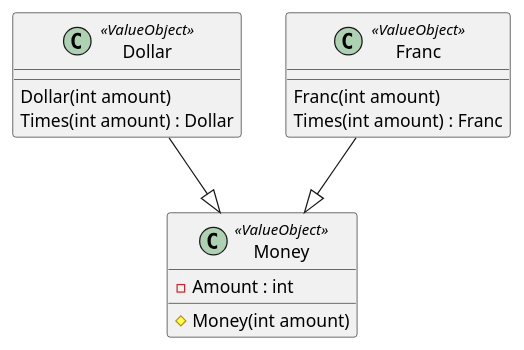
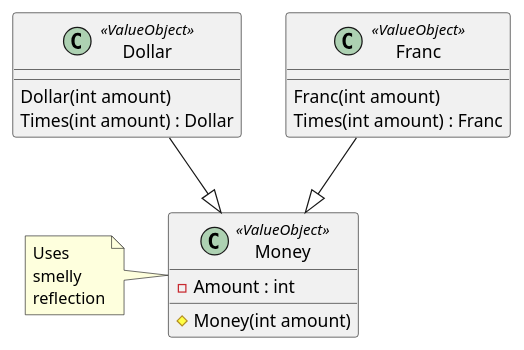
One commit to RicardoGuzmanVelasco/KentBeck.TDDByExample changed the diagram in Documentation/Classes.puml. Above: the diagram before and after it, drawn with PlantUML. The commit also changed 1 other file, not shown here.

```diff
--- a/Documentation/Classes.puml
+++ b/Documentation/Classes.puml
@@ -1,21 +1,23 @@
 @startuml
 class Dollar <<ValueObject>>
 {
     Dollar(int amount)
     Times(int amount) : Dollar
 }
 
 class Franc <<ValueObject>>
 {
     Franc(int amount)
     Times(int amount) : Franc
 }
 
 class Money <<ValueObject>>
 {
     -Amount : int
     #Money(int amount)
 }
 Dollar --|> Money
 Franc --|> Money
+
+note left of Money : Uses\nsmelly\nreflection
 @enduml
```
